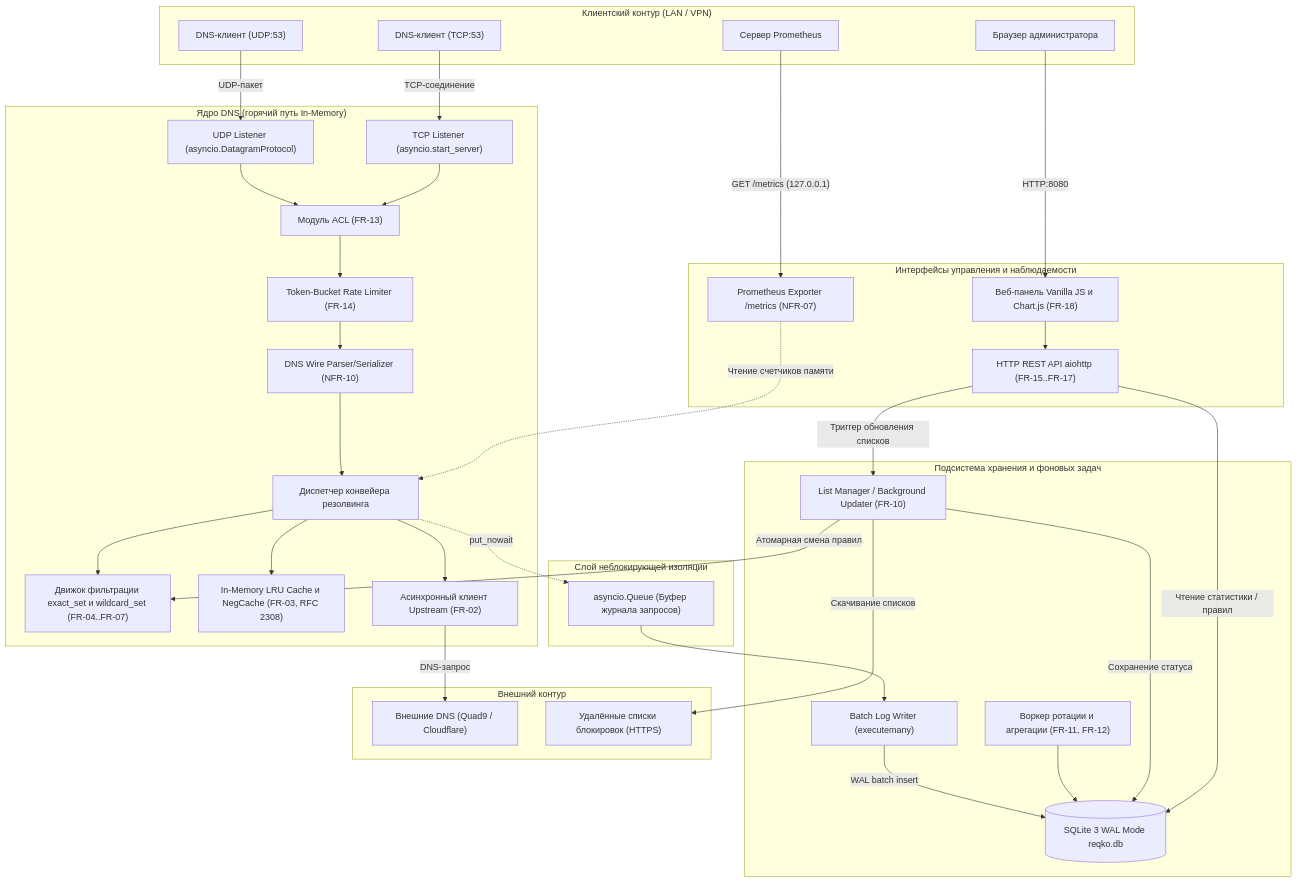
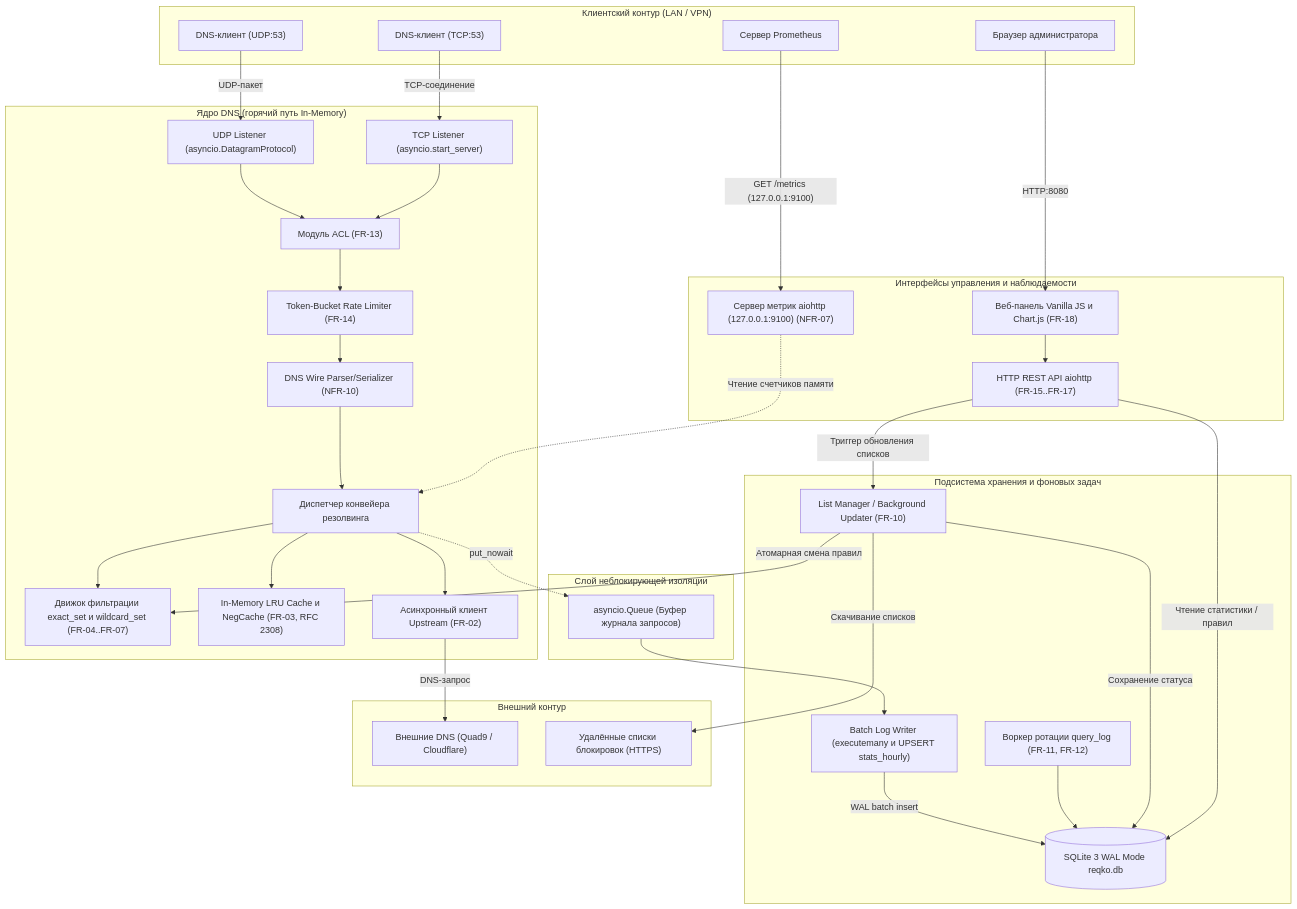
One commit to mimircore/ph-reqKO changed the first of 4 diagrams in docs/03-architecture.md. Above: the diagram before and after it, drawn with Mermaid. The commit also changed other lines of this file and 2 other files, not shown here.

Commit message:
docs: refine objective 3 architecture

````diff
--- a/docs/03-architecture.md
+++ b/docs/03-architecture.md
@@ -47,72 +47,72 @@
 ```mermaid
 flowchart TD
     subgraph Clients["Клиентский контур (LAN / VPN)"]
         ClientUDP["DNS-клиент (UDP:53)"]
         ClientTCP["DNS-клиент (TCP:53)"]
         AdminBrowser["Браузер администратора"]
         PrometheusServer["Сервер Prometheus"]
     end
 
     subgraph CoreDNS["Ядро DNS (горячий путь In-Memory)"]
         ListenerUDP["UDP Listener (asyncio.DatagramProtocol)"]
         ListenerTCP["TCP Listener (asyncio.start_server)"]
         ACL["Модуль ACL (FR-13)"]
         RateLimiter["Token-Bucket Rate Limiter (FR-14)"]
         WireParser["DNS Wire Parser/Serializer (NFR-10)"]
         Pipeline["Диспетчер конвейера резолвинга"]
         FilterEngine["Движок фильтрации exact_set и wildcard_set (FR-04..FR-07)"]
         DNSCache["In-Memory LRU Cache и NegCache (FR-03, RFC 2308)"]
         UpstreamClient["Асинхронный клиент Upstream (FR-02)"]
     end
 
     subgraph AsyncQueueLayer["Слой неблокирующей изоляции"]
         LogQueue["asyncio.Queue (Буфер журнала запросов)"]
     end
 
     subgraph StorageLayer["Подсистема хранения и фоновых задач"]
-        BatchWriter["Batch Log Writer (executemany)"]
-        RetentionWorker["Воркер ротации и агрегации (FR-11, FR-12)"]
+        BatchWriter["Batch Log Writer (executemany и UPSERT stats_hourly)"]
+        RetentionWorker["Воркер ротации query_log (FR-11, FR-12)"]
         ListUpdater["List Manager / Background Updater (FR-10)"]
         SQLiteDB[("SQLite 3 WAL Mode reqko.db")]
     end
 
     subgraph Management["Интерфейсы управления и наблюдаемости"]
         APIServer["HTTP REST API aiohttp (FR-15..FR-17)"]
         StaticUI["Веб-панель Vanilla JS и Chart.js (FR-18)"]
-        MetricsExporter["Prometheus Exporter /metrics (NFR-07)"]
+        MetricsServer["Сервер метрик aiohttp (127.0.0.1:9100) (NFR-07)"]
     end
 
     subgraph UpstreamWorld["Внешний контур"]
         UpstreamDNS["Внешние DNS (Quad9 / Cloudflare)"]
         RemoteLists["Удалённые списки блокировок (HTTPS)"]
     end
 
     ClientUDP -->|"UDP-пакет"| ListenerUDP
     ClientTCP -->|"TCP-соединение"| ListenerTCP
     ListenerUDP --> ACL
     ListenerTCP --> ACL
     ACL --> RateLimiter
     RateLimiter --> WireParser
     WireParser --> Pipeline
 
     Pipeline --> FilterEngine
     Pipeline --> DNSCache
     Pipeline --> UpstreamClient
     UpstreamClient -->|"DNS-запрос"| UpstreamDNS
 
     Pipeline -.->|"put_nowait"| LogQueue
     LogQueue --> BatchWriter
     BatchWriter -->|"WAL batch insert"| SQLiteDB
     RetentionWorker --> SQLiteDB
 
     ListUpdater -->|"Скачивание списков"| RemoteLists
     ListUpdater -->|"Атомарная смена правил"| FilterEngine
     ListUpdater -->|"Сохранение статуса"| SQLiteDB
 
     AdminBrowser -->|"HTTP:8080"| StaticUI
     StaticUI --> APIServer
     APIServer -->|"Чтение статистики / правил"| SQLiteDB
     APIServer -->|"Триггер обновления списков"| ListUpdater
-    PrometheusServer -->|"GET /metrics (127.0.0.1)"| MetricsExporter
-    MetricsExporter -.->|"Чтение счетчиков памяти"| Pipeline
+    PrometheusServer -->|"GET /metrics (127.0.0.1:9100)"| MetricsServer
+    MetricsServer -.->|"Чтение счетчиков памяти"| Pipeline
 ```
````
